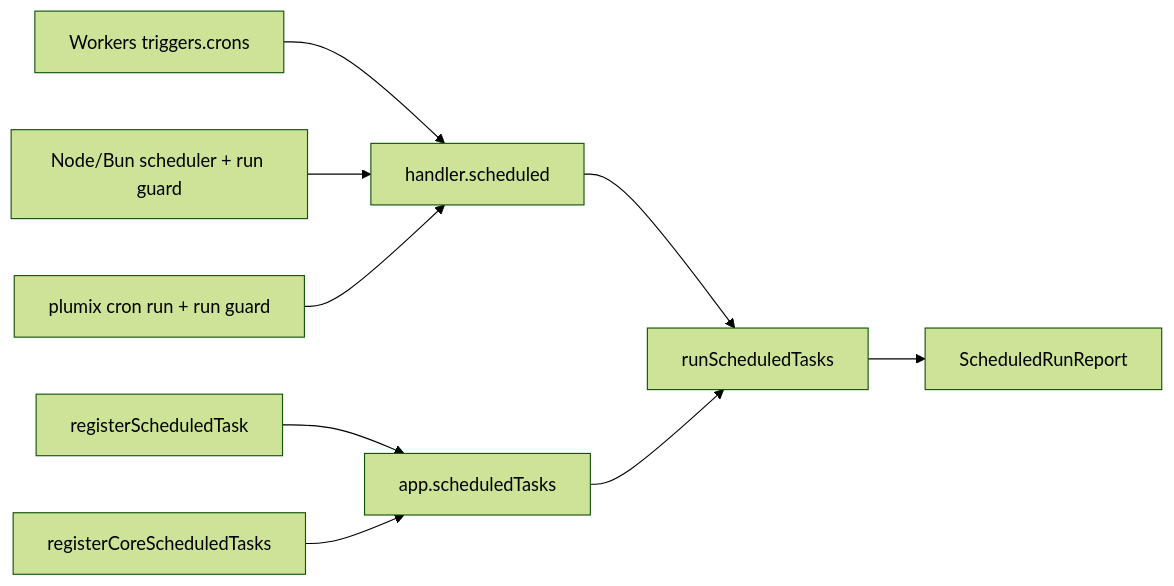
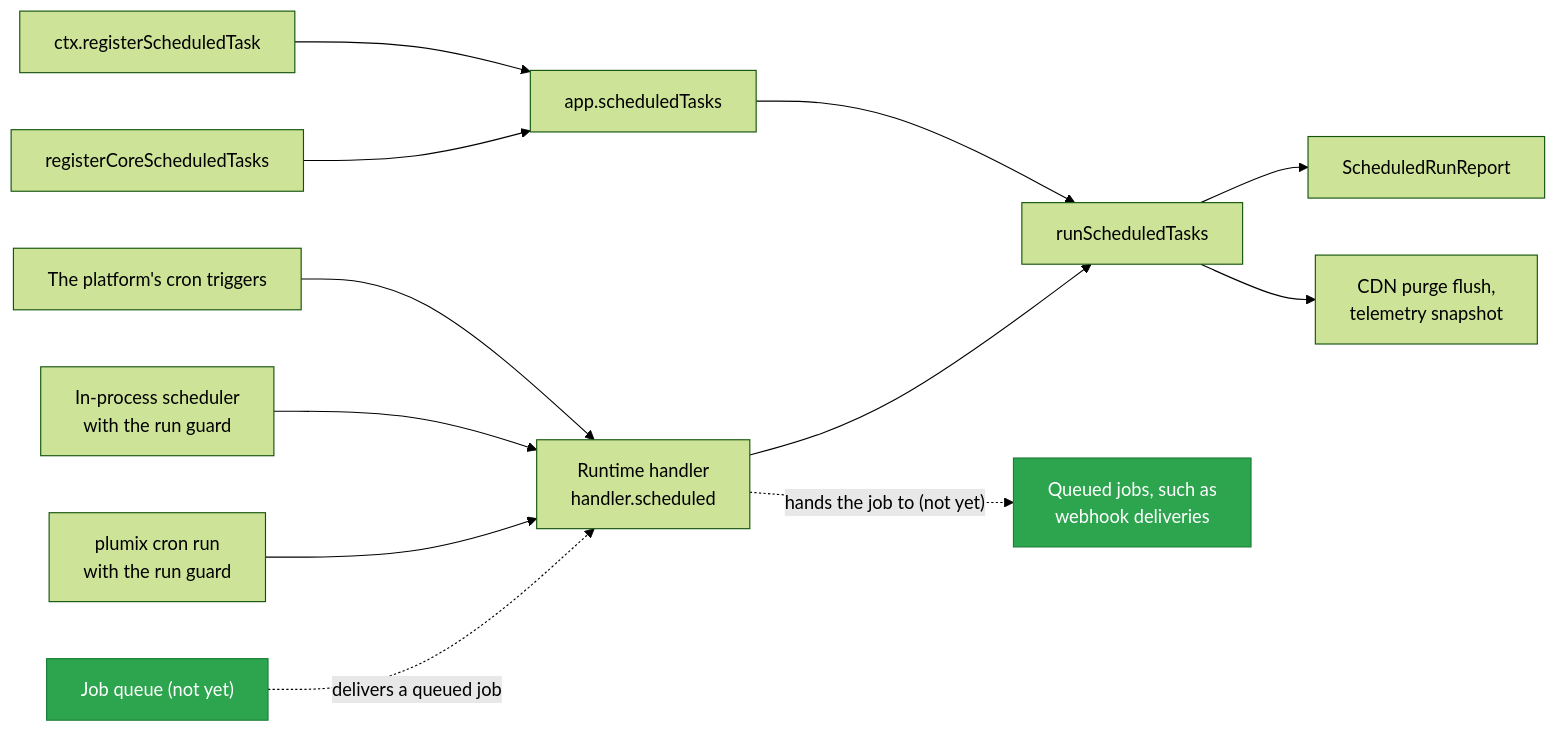
Before and after one commit to withplumix/plumix: the diagram in docs/architecture/cron.md, drawn with Mermaid (forest theme). The commit also changed other lines of this file and 21 other files, not shown here.

````diff
--- a/docs/architecture/cron.md
+++ b/docs/architecture/cron.md
@@ -14,11 +17,17 @@
 ```mermaid
 flowchart LR
-  reg["registerScheduledTask"] --> app["app.scheduledTasks"]
+  reg["ctx.registerScheduledTask"] --> app["app.scheduledTasks"]
   core["registerCoreScheduledTasks"] --> app
-  cf["Workers triggers.crons"] --> sched["handler.scheduled"]
-  inproc["Node/Bun scheduler + run guard"] --> sched
-  cli["plumix cron run + run guard"] --> sched
-  sched --> run["runScheduledTasks"]
+  platform["The platform's cron triggers"] --> handler["Runtime handler<br/>handler.scheduled"]
+  inproc["In-process scheduler<br/>with the run guard"] --> handler
+  cli["plumix cron run<br/>with the run guard"] --> handler
+  queue["Job queue (not yet)"] -. "delivers a queued job" .-> handler
+  handler --> run["runScheduledTasks"]
+  handler -. "hands the job to (not yet)" .-> jobs["Queued jobs, such as<br/>webhook deliveries"]
   app --> run
   run --> report["ScheduledRunReport"]
+  run --> purge["CDN purge flush,<br/>telemetry snapshot"]
+
+  classDef goal fill:#2da44e,stroke:#1a7f37,color:#fff
+  class queue,jobs goal
 ```
````
